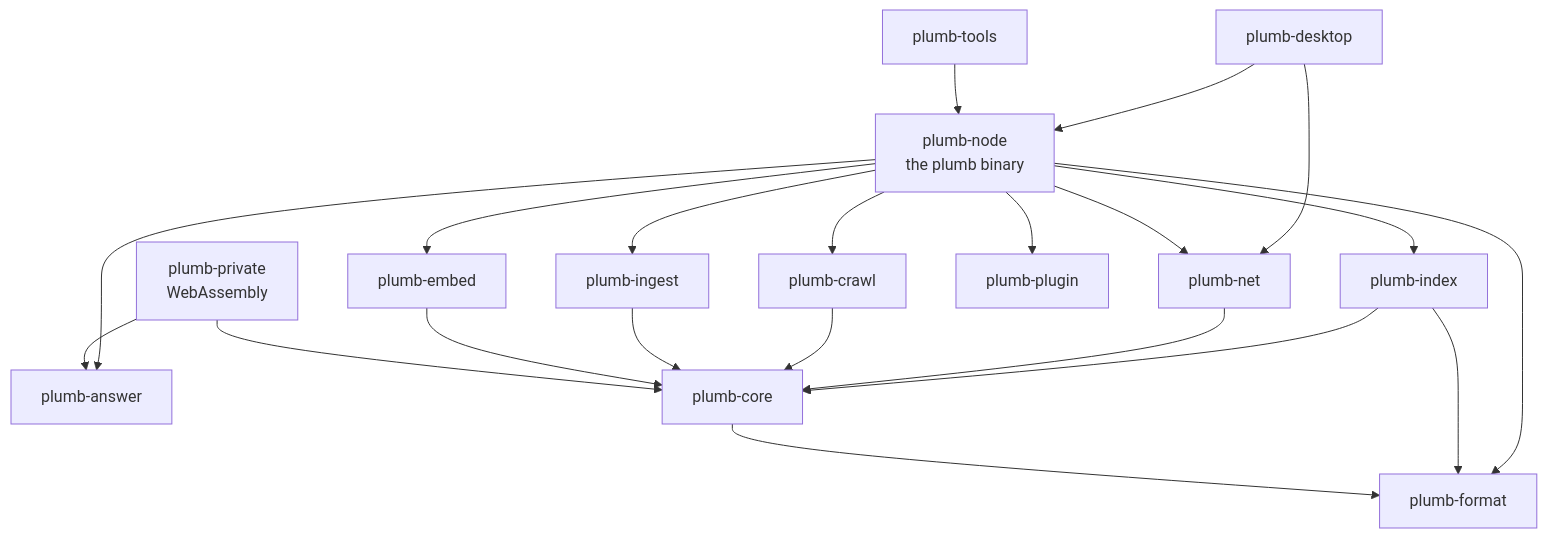
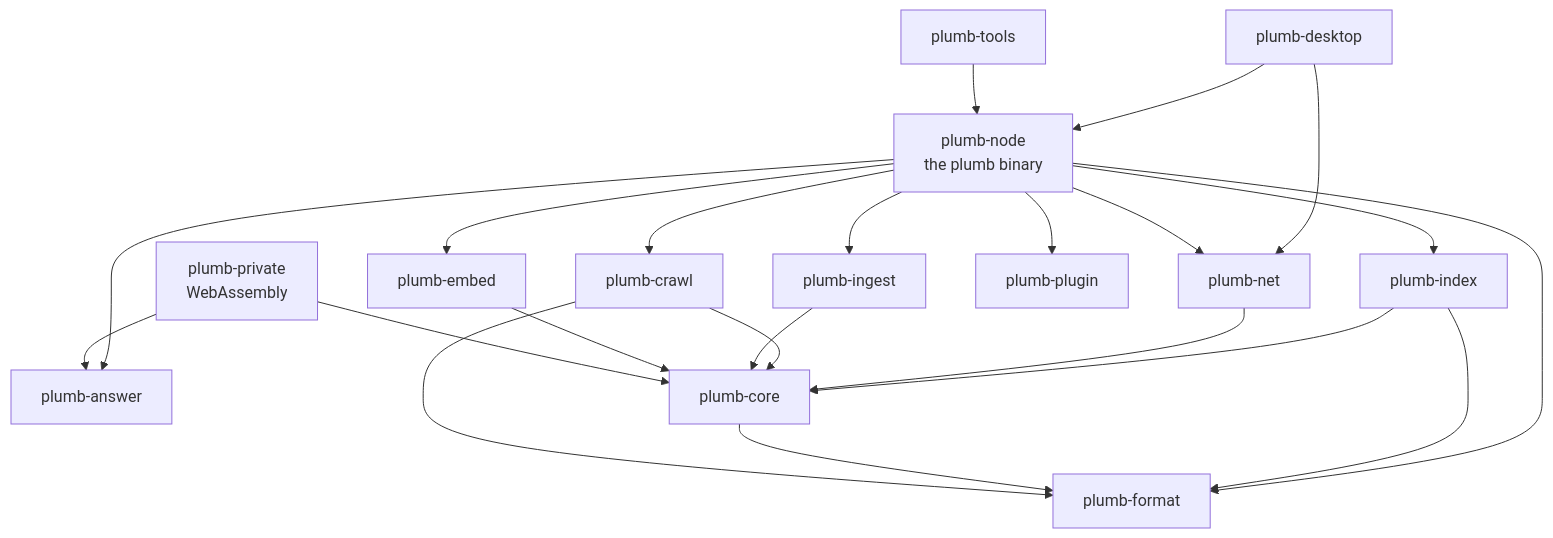
One commit to SueHeir/plumb-search changed the second of 5 diagrams in docs/architecture.md. Above: the diagram before and after it, drawn with Mermaid. The commit also changed 10 other files, not shown here.

````diff
--- a/docs/architecture.md
+++ b/docs/architecture.md
@@ -71,23 +71,24 @@
 ```mermaid
 flowchart TD
     desktop["plumb-desktop"] --> node["plumb-node<br/>the plumb binary"]
     desktop --> net
     tools["plumb-tools"] --> node
     node --> index["plumb-index"]
     node --> net["plumb-net"]
     node --> crawl["plumb-crawl"]
     node --> ingest["plumb-ingest"]
     node --> embed["plumb-embed"]
     node --> answer["plumb-answer"]
     node --> plugin["plumb-plugin"]
     node --> format["plumb-format"]
     index --> format
     core --> format
     index --> core["plumb-core"]
     net --> core
     crawl --> core
+    crawl --> format
     ingest --> core
     embed --> core
     private["plumb-private<br/>WebAssembly"] --> answer
     private --> core
 ```
````
